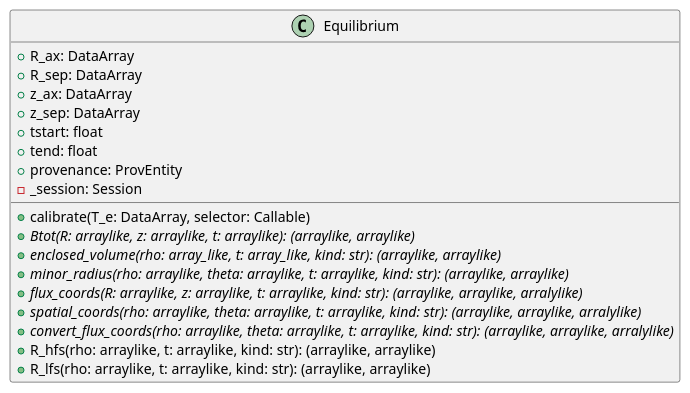
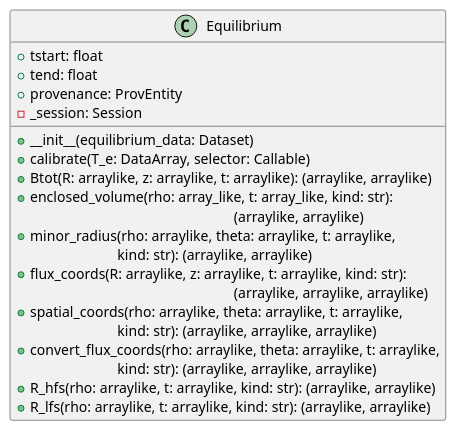
One commit to indica-mcf/Indica changed the first of 5 diagrams in doc/design.rst. Above: the diagram before and after it, drawn with PlantUML. The commit also changed other lines of this file, not shown here.

```diff
--- a/doc/design.rst
+++ b/doc/design.rst
@@ -61,22 +119,24 @@
 .. uml::
 
    class Equilibrium {
-   + R_ax: DataArray
-   + R_sep: DataArray
-   + z_ax: DataArray
-   + z_sep: DataArray
    + tstart: float
    + tend: float
    + provenance: ProvEntity
    - _session: Session
 
+   + __init__(equilibrium_data: Dataset)
    + calibrate(T_e: DataArray, selector: Callable)
-   + {abstract} Btot(R: arraylike, z: arraylike, t: arraylike): (arraylike, arraylike)
-   + {abstract} enclosed_volume(rho: array_like, t: array_like, kind: str): (arraylike, arraylike)
-   + {abstract} minor_radius(rho: arraylike, theta: arraylike, t: arraylike, kind: str): (arraylike, arraylike)
-   + {abstract} flux_coords(R: arraylike, z: arraylike, t: arraylike, kind: str): (arraylike, arraylike, arralylike)
-   + {abstract} spatial_coords(rho: arraylike, theta: arraylike, t: arraylike, kind: str): (arraylike, arraylike, arralylike)
-   + {abstract} convert_flux_coords(rho: arraylike, theta: arraylike, t: arraylike, kind: str): (arraylike, arraylike, arralylike)
+   + Btot(R: arraylike, z: arraylike, t: arraylike): (arraylike, arraylike)
+   + enclosed_volume(rho: array_like, t: array_like, kind: str):
+     \t\t\t\t\t\t\t(arraylike, arraylike)
+   + minor_radius(rho: arraylike, theta: arraylike, t: arraylike,
+     \t\t\tkind: str): (arraylike, arraylike)
+   + flux_coords(R: arraylike, z: arraylike, t: arraylike, kind: str):
+     \t\t\t\t\t\t\t(arraylike, arraylike, arraylike)
+   + spatial_coords(rho: arraylike, theta: arraylike, t: arraylike,
+     \t\t\tkind: str): (arraylike, arraylike, arraylike)
+   + convert_flux_coords(rho: arraylike, theta: arraylike, t: arraylike,
+     \t\t\tkind: str): (arraylike, arraylike, arraylike)
    + R_hfs(rho: arraylike, t: arraylike, kind: str): (arraylike, arraylike)
    + R_lfs(rho: arraylike, t: arraylike, kind: str): (arraylike, arraylike)
    }
```
